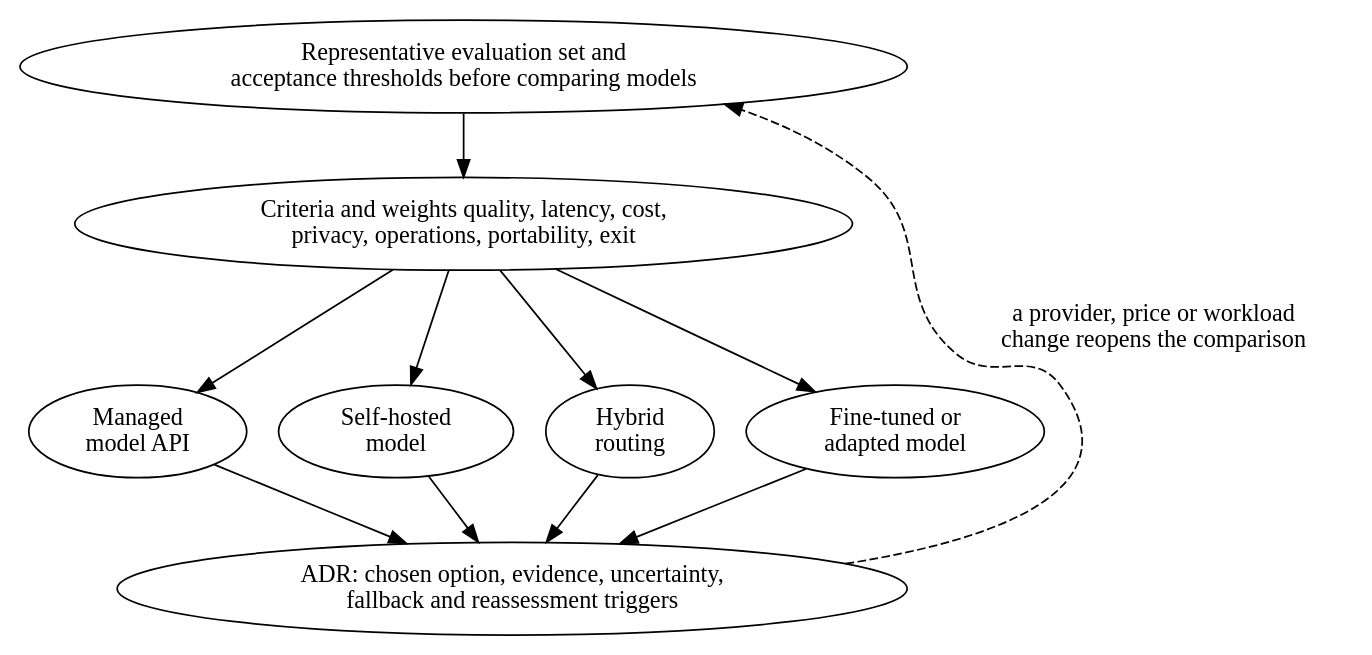
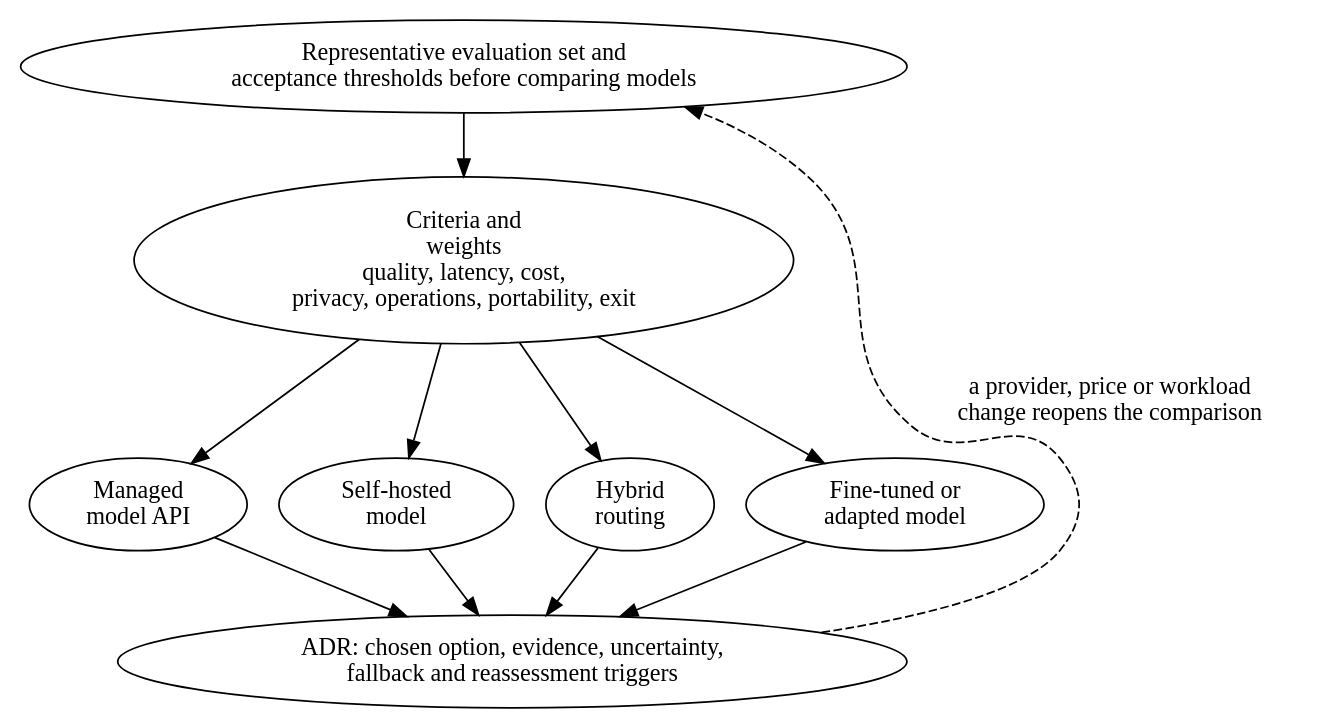
One commit to cesarcastrocuba/handbook-solutions-architecture changed the diagram in assets/diagrams/src/ch16-model-selection.dot. Above: the diagram before and after it, drawn with Graphviz. The commit also changed 14 other files, not shown here.

First line of the commit message:
diagrams(figures): keep each node name on its own line

```diff
--- a/assets/diagrams/src/ch16-model-selection.dot
+++ b/assets/diagrams/src/ch16-model-selection.dot
@@ -1,14 +1,14 @@
 digraph G { 
 
  rankdir=TB;
  ev [label="Representative evaluation set and\nacceptance thresholds before comparing models"];
- cr [label="Criteria and weights quality, latency, cost,\nprivacy, operations, portability, exit"];
+ cr [label="Criteria and\nweights\nquality, latency, cost,\nprivacy, operations, portability, exit"];
  m [label="Managed\nmodel API"];
  s [label="Self-hosted\nmodel"];
  h [label="Hybrid\nrouting"];
  f [label="Fine-tuned or\nadapted model"];
  adr [label="ADR: chosen option, evidence, uncertainty,\nfallback and reassessment triggers"];
  ev->cr; cr->m; cr->s; cr->h; cr->f; m->adr; s->adr; h->adr; f->adr;
  {rank=same; m; s; h; f;}
  adr->ev [label="a provider, price or workload\nchange reopens the comparison", style=dashed, constraint=false];
 }
```
